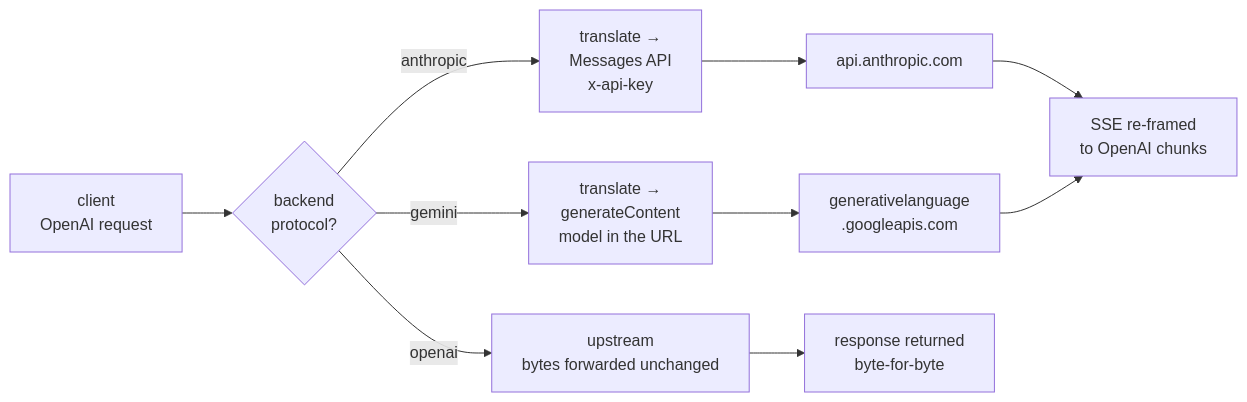
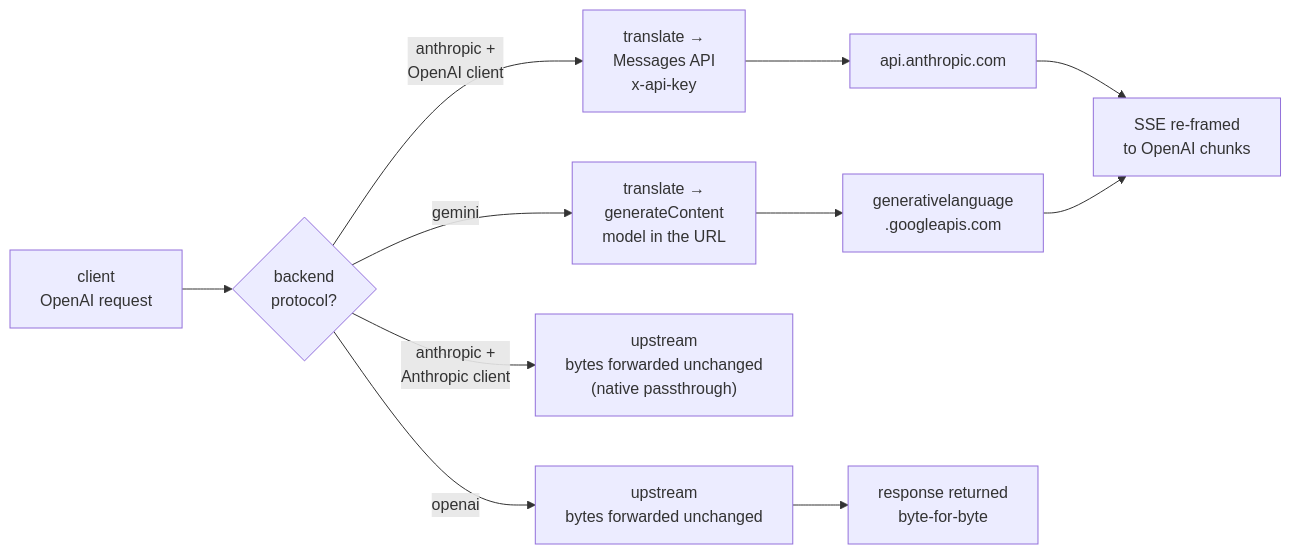
Before and after one commit to azrtydxb/Fastllm-proxy: the diagram in docs/providers.md, drawn with Mermaid. The commit also changed other lines of this file and 25 other files, not shown here.

````diff
--- a/docs/providers.md
+++ b/docs/providers.md
@@ -226,10 +247,11 @@
 ```mermaid
 flowchart LR
     C["client<br/>OpenAI request"] --> P{"backend<br/>protocol?"}
     P -->|openai| B1["upstream<br/>bytes forwarded unchanged"]
-    P -->|anthropic| T1["translate →<br/>Messages API<br/>x-api-key"] --> B2["api.anthropic.com"]
+    P -->|"anthropic +<br/>OpenAI client"| T1["translate →<br/>Messages API<br/>x-api-key"] --> B2["api.anthropic.com"]
+    P -->|"anthropic +<br/>Anthropic client"| B4["upstream<br/>bytes forwarded unchanged<br/>(native passthrough)"]
     P -->|gemini| T2["translate →<br/>generateContent<br/>model in the URL"] --> B3["generativelanguage<br/>.googleapis.com"]
     B1 --> R1["response returned<br/>byte-for-byte"]
     B2 --> R2["SSE re-framed<br/>to OpenAI chunks"]
     B3 --> R2
 ```
````
